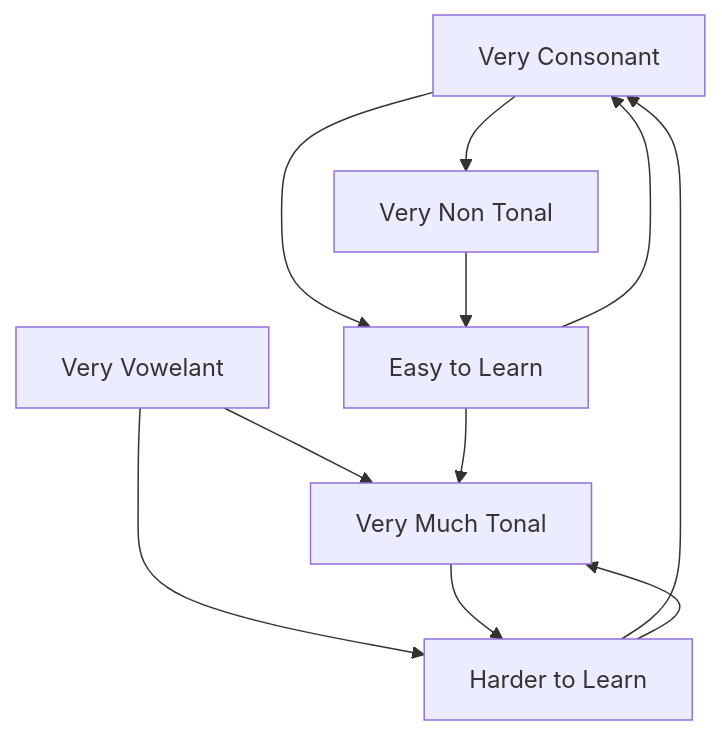
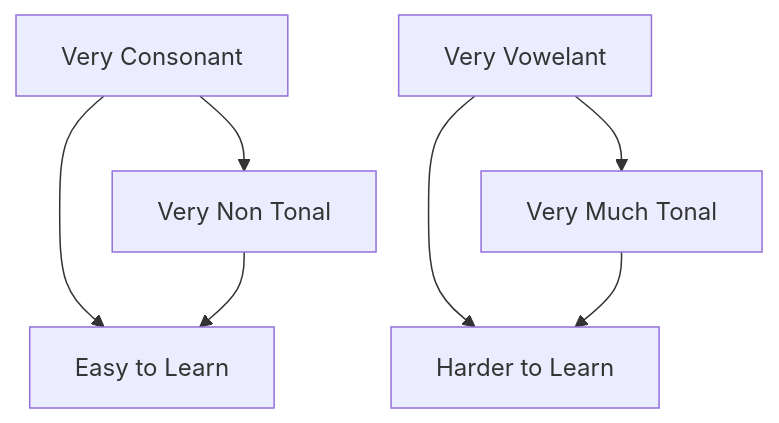
The diagram in general_communication_languages_categorization_for_learning.md (bendqh1/mermaid), drawn with Mermaid before and after one commit.

````diff
--- a/general_communication_languages_categorization_for_learning.md
+++ b/general_communication_languages_categorization_for_learning.md
@@ -1,8 +1,8 @@
 ```mermaid
 flowchart TD
   A1[Very Consonant] --> B1[Very Non Tonal]
   A3[Very Vowelant] --> B3[Very Much Tonal]
 
-  A1 & B1 --> C1[Easy to Learn] --> A1 & B3
-  A3 & B3 --> C2[Harder to Learn] --> A1 & B3
+  A1 & B1 --> C1[Easy to Learn]
+  A3 & B3 --> C2[Harder to Learn]
 ```
````
